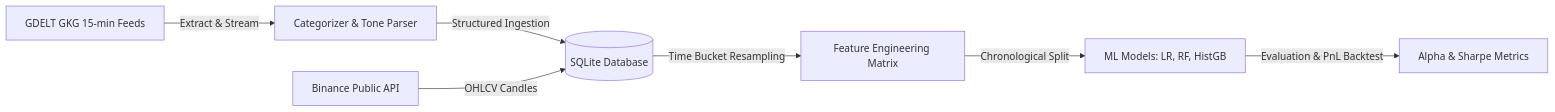
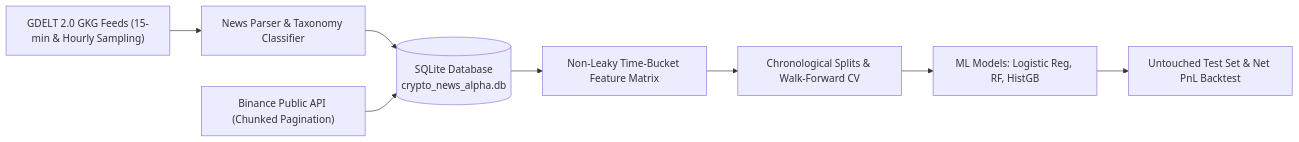
Before and after one commit to jklqw/bitpred: the diagram in README.md, drawn with Mermaid. The commit also changed other lines of this file and 40 other files, not shown here.

````diff
--- a/README.md
+++ b/README.md
@@ -9,9 +9,10 @@
 ```mermaid
 flowchart LR
-    A[GDELT GKG 15-min Feeds] -->|Extract & Stream| B[Categorizer & Tone Parser]
-    B -->|Structured Ingestion| C[(SQLite Database)]
-    D[Binance Public API] -->|OHLCV Candles| C
-    C -->|Time Bucket Resampling| E[Feature Engineering Matrix]
-    E -->|Chronological Split| F[ML Models: LR, RF, HistGB]
-    F -->|Evaluation & PnL Backtest| G[Alpha & Sharpe Metrics]
+    A["GDELT 2.0 GKG Feeds (15-min & Hourly Sampling)"] --> B["News Parser & Taxonomy Classifier"]
+    B --> C[("SQLite Database<br/>crypto_news_alpha.db")]
+    D["Binance Public API (Chunked Pagination)"] --> C
+    C --> E["Non-Leaky Time-Bucket Feature Matrix"]
+    E --> F["Chronological Splits & Walk-Forward CV"]
+    F --> G["ML Models: Logistic Reg, RF, HistGB"]
+    G --> H["Untouched Test Set & Net PnL Backtest"]
 ```
````
